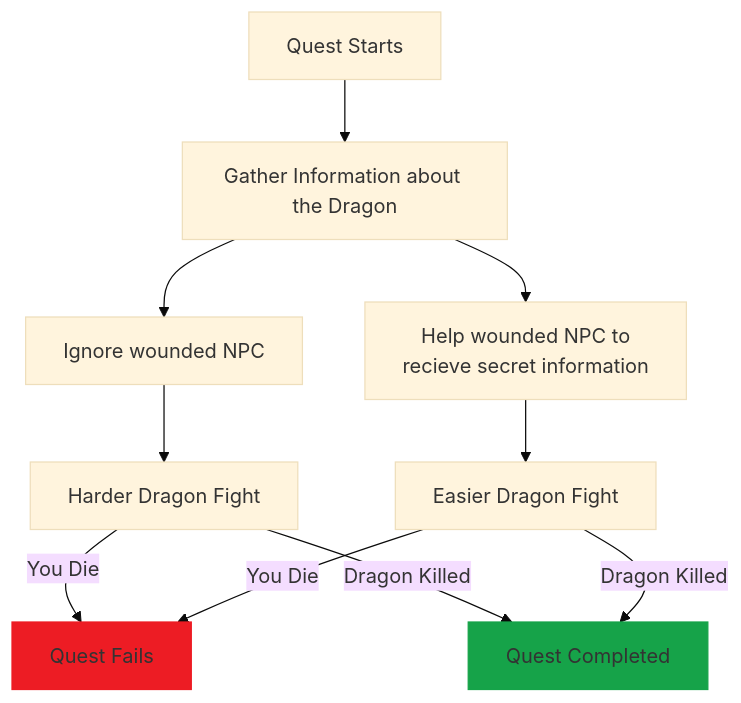
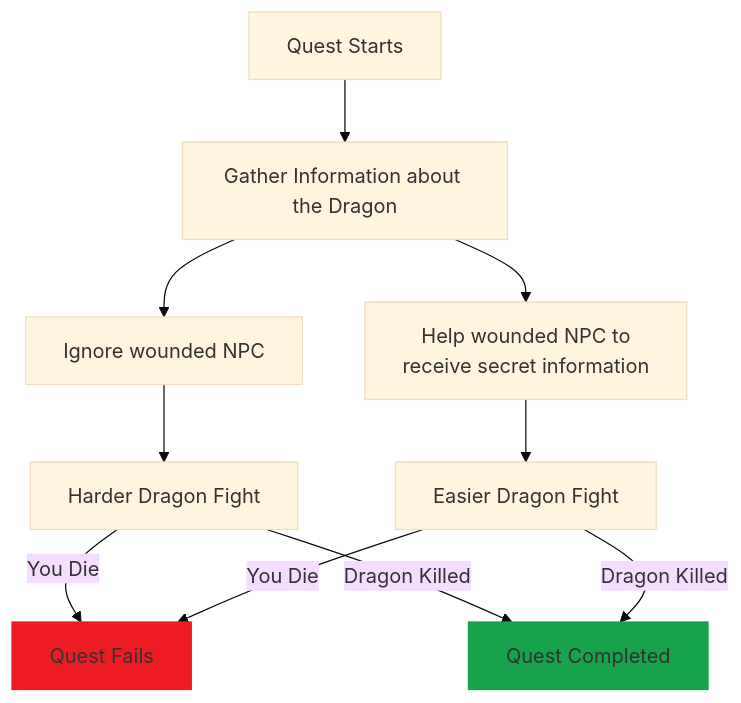
The third of 5 diagrams in docs/Documentation/Basics/About-Scripting.md (BetonQuest/BetonQuest), drawn with Mermaid (base theme) before and after one commit. The commit also changed 14 other files, not shown here.

````diff
--- a/docs/Documentation/Basics/About-Scripting.md
+++ b/docs/Documentation/Basics/About-Scripting.md
@@ -55,18 +55,18 @@
         ```mermaid
            flowchart TD
               A[Quest Starts] --> B[Gather Information about the Dragon]
               B--> C[Ignore wounded NPC]
-              B--> D[Help wounded NPC to\n recieve secret information]
+              B--> D[Help wounded NPC to\n receive secret information]
               
               C--> E[Harder Dragon Fight]
               D--> X[Easier Dragon Fight]
               
               E--You Die--> H[Quest Fails]
               X--You Die--> H[Quest Fails]
               
               E--Dragon Killed--> W[Quest Completed]
               X--Dragon Killed--> W[Quest Completed]
               
               style W fill:#16a349,stroke:#16a349
               style H fill:#ed1c24,stroke:#ed1c24
         ```      
````
